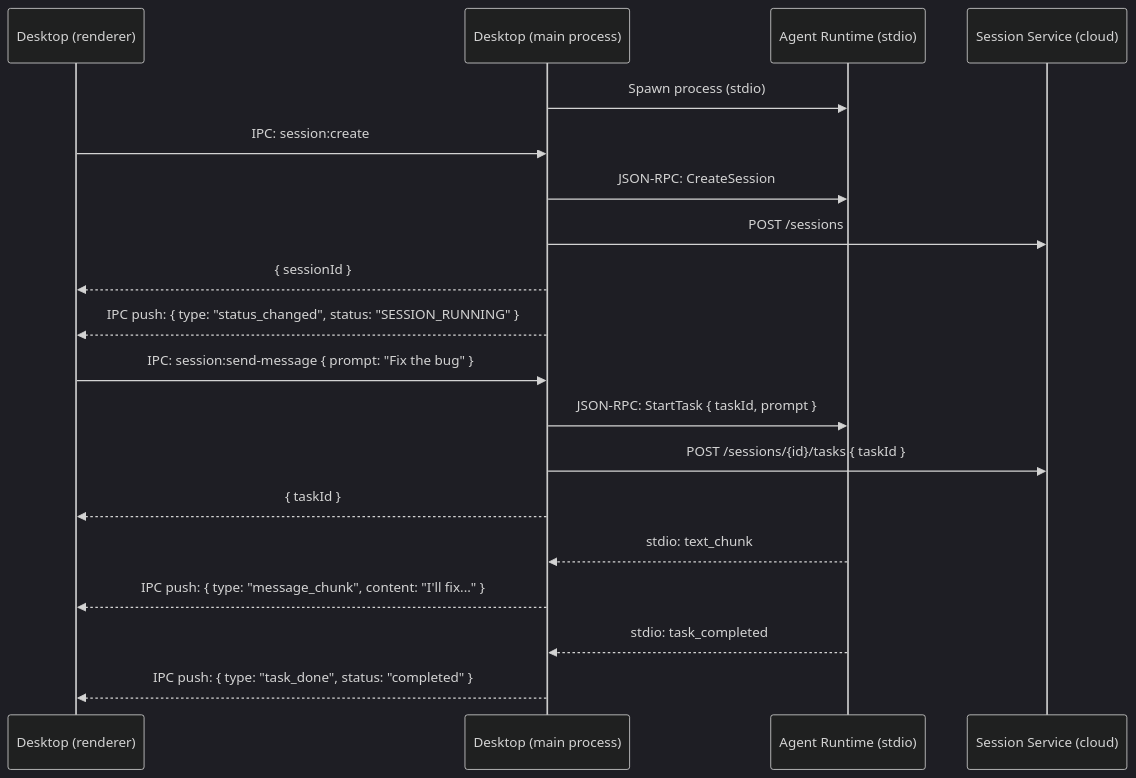
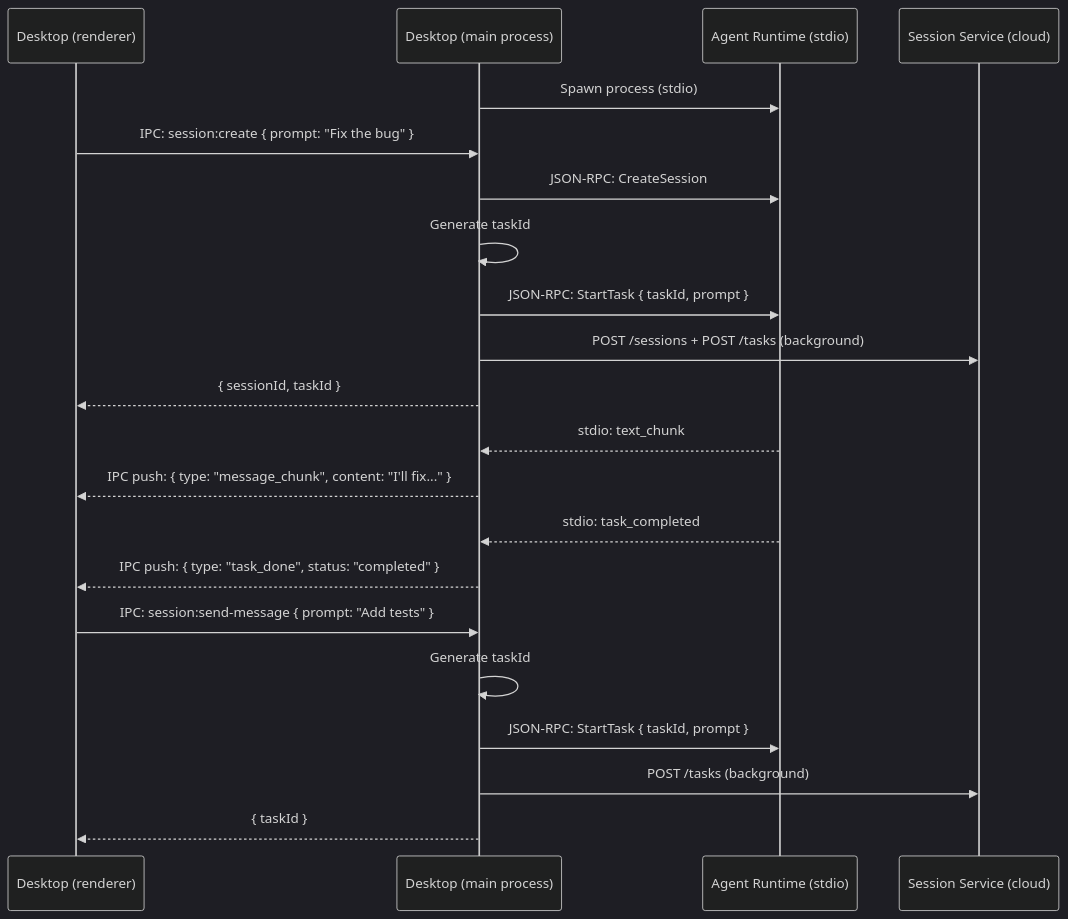
One commit to suman724/cowork-infra changed the third of 4 diagrams in docs/design/simplified-session-api.md. Above: the diagram before and after it, drawn with Mermaid (dark theme). The commit also changed other lines of this file, not shown here.

First line of the commit message:
docs: bundled first task, remove SseNotifier, simplify /stream

````diff
--- a/docs/design/simplified-session-api.md
+++ b/docs/design/simplified-session-api.md
@@ -279,26 +312,27 @@
 ```mermaid
 sequenceDiagram
     participant UI as Desktop (renderer)
     participant Main as Desktop (main process)
     participant Agent as Agent Runtime (stdio)
     participant SS as Session Service (cloud)
 
     Main->>Agent: Spawn process (stdio)
 
-    UI->>Main: IPC: session:create
+    UI->>Main: IPC: session:create { prompt: "Fix the bug" }
     Main->>Agent: JSON-RPC: CreateSession
-    Main->>SS: POST /sessions
-    Main-->>UI: { sessionId }
-
-    Main-->>UI: IPC push: { type: "status_changed", status: "SESSION_RUNNING" }
-
-    UI->>Main: IPC: session:send-message { prompt: "Fix the bug" }
+    Main->>Main: Generate taskId
     Main->>Agent: JSON-RPC: StartTask { taskId, prompt }
-    Main->>SS: POST /sessions/{id}/tasks { taskId }
-    Main-->>UI: { taskId }
+    Main->>SS: POST /sessions + POST /tasks (background)
+    Main-->>UI: { sessionId, taskId }
 
     Agent-->>Main: stdio: text_chunk
     Main-->>UI: IPC push: { type: "message_chunk", content: "I'll fix..." }
     Agent-->>Main: stdio: task_completed
     Main-->>UI: IPC push: { type: "task_done", status: "completed" }
+
+    UI->>Main: IPC: session:send-message { prompt: "Add tests" }
+    Main->>Main: Generate taskId
+    Main->>Agent: JSON-RPC: StartTask { taskId, prompt }
+    Main->>SS: POST /tasks (background)
+    Main-->>UI: { taskId }
 ```
````
